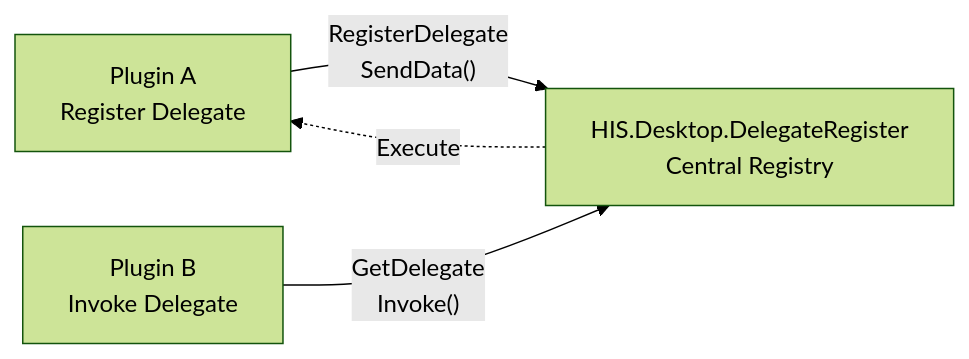
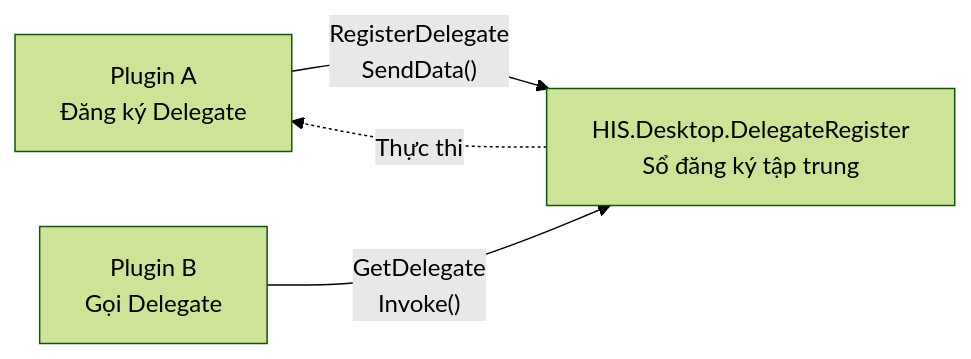
The second of 9 diagrams in docs/his-ba-documentation/02-modules/his-desktop/business-plugins.md (thangpnb/HIS), drawn with Mermaid (forest theme) before and after one commit. The commit also changed other lines of this file and 30 other files, not shown here.

Commit message:
Refactor architecture docs and update translations

````diff
--- a/docs/his-ba-documentation/02-modules/his-desktop/business-plugins.md
+++ b/docs/his-ba-documentation/02-modules/his-desktop/business-plugins.md
@@ -399,10 +414,10 @@
 ```mermaid
 graph LR
-    PluginA["Plugin A<br/>Register Delegate"]
-    DelegateReg["HIS.Desktop.DelegateRegister<br/>Central Registry"]
-    PluginB["Plugin B<br/>Invoke Delegate"]
+    PluginA["Plugin A<br/>Đăng ký Delegate"]
+    DelegateReg["HIS.Desktop.DelegateRegister<br/>Sổ đăng ký tập trung"]
+    PluginB["Plugin B<br/>Gọi Delegate"]
     
     PluginA -->|"RegisterDelegate<br/>SendData()"| DelegateReg
     PluginB -->|"GetDelegate<br/>Invoke()"| DelegateReg
-    DelegateReg -.->|"Execute"| PluginA
+    DelegateReg -.->|"Thực thi"| PluginA
 ```
````
